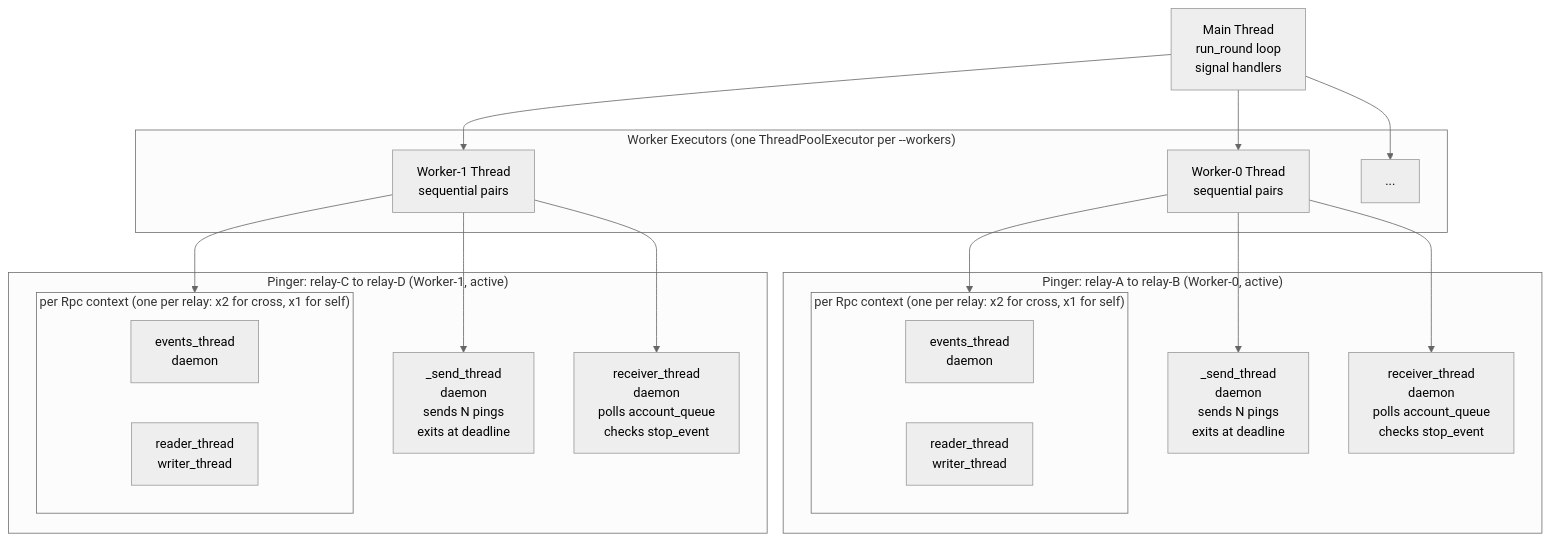
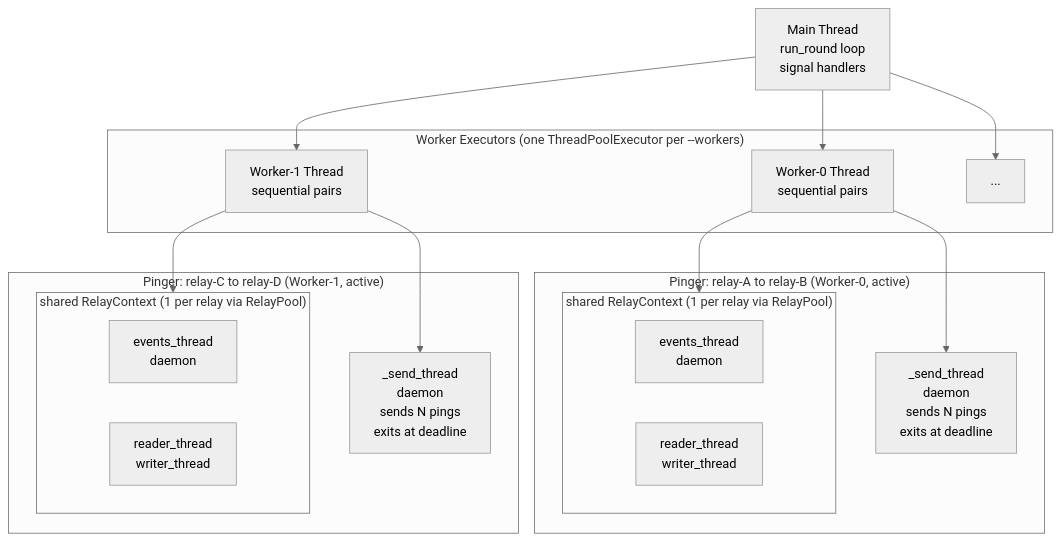
The fourth of 9 diagrams in TECHNICAL.md (j4n/chatmail-prober), drawn with Mermaid (neutral theme) before and after one commit. The commit also changed other lines of this file and 10 other files, not shown here.

````diff
--- a/TECHNICAL.md
+++ b/TECHNICAL.md
@@ -243,53 +231,45 @@
 ```mermaid
 graph TD
     MT["Main Thread
         run_round loop
         signal handlers"]
 
     subgraph Executors["Worker Executors  (one ThreadPoolExecutor per --workers)"]
         W0["Worker-0 Thread
             sequential pairs"]
         W1["Worker-1 Thread
             sequential pairs"]
         WN["..."]
     end
 
     MT --> W0 & W1 & WN
 
     subgraph Probe0["Pinger: relay-A to relay-B  (Worker-0, active)"]
         ST0["_send_thread
             daemon
             sends N pings
             exits at deadline"]
-        RT0["receiver_thread
-            daemon
-            polls account_queue
-            checks stop_event"]
-        subgraph RPC0["per Rpc context  (one per relay: x2 for cross, x1 for self)"]
+        subgraph RPC0["shared RelayContext (1 per relay via RelayPool)"]
             EV0["events_thread
                 daemon"]
             RW0["reader_thread
                 writer_thread"]
         end
     end
 
     subgraph Probe1["Pinger: relay-C to relay-D  (Worker-1, active)"]
         ST1["_send_thread
             daemon
             sends N pings
             exits at deadline"]
-        RT1["receiver_thread
-            daemon
-            polls account_queue
-            checks stop_event"]
-        subgraph RPC1["per Rpc context  (one per relay: x2 for cross, x1 for self)"]
+        subgraph RPC1["shared RelayContext (1 per relay via RelayPool)"]
             EV1["events_thread
                 daemon"]
             RW1["reader_thread
                 writer_thread"]
         end
     end
 
-    W0 --> ST0 & RT0 & RPC0
-    W1 --> ST1 & RT1 & RPC1
+    W0 --> ST0 & RPC0
+    W1 --> ST1 & RPC1
 ```
````
